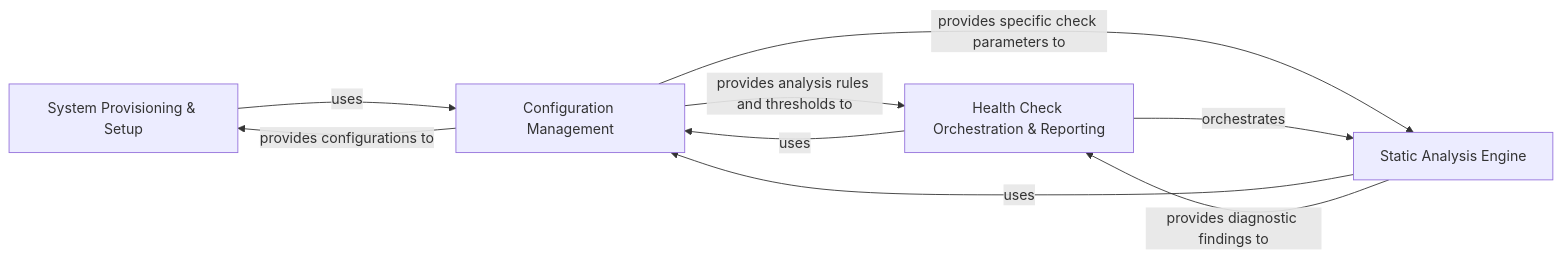
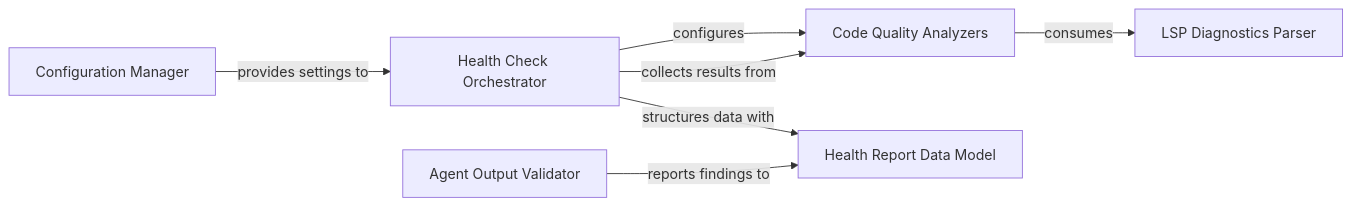
The eighth of 9 diagrams in docs/development/architecture.md (CodeBoarding/CodeBoarding), drawn with Mermaid before and after one commit. The commit also changed other lines of this file and 18 other files, not shown here.

First line of the commit message:
docs: update codeboarding documentation and generate architecture

````diff
--- a/docs/development/architecture.md
+++ b/docs/development/architecture.md
@@ -407,15 +523,15 @@
 ```mermaid
 graph LR
-    System_Provisioning_Setup["System Provisioning & Setup"]
-    Configuration_Management["Configuration Management"]
-    Health_Check_Orchestration_Reporting["Health Check Orchestration & Reporting"]
-    Static_Analysis_Engine["Static Analysis Engine"]
-    System_Provisioning_Setup -- "uses" --> Configuration_Management
-    Configuration_Management -- "provides configurations to" --> System_Provisioning_Setup
-    Configuration_Management -- "provides analysis rules and thresholds to" --> Health_Check_Orchestration_Reporting
-    Health_Check_Orchestration_Reporting -- "uses" --> Configuration_Management
-    Configuration_Management -- "provides specific check parameters to" --> Static_Analysis_Engine
-    Static_Analysis_Engine -- "uses" --> Configuration_Management
-    Health_Check_Orchestration_Reporting -- "orchestrates" --> Static_Analysis_Engine
-    Static_Analysis_Engine -- "provides diagnostic findings to" --> Health_Check_Orchestration_Reporting
+    Health_Check_Orchestrator["Health Check Orchestrator"]
+    Health_Report_Data_Model["Health Report Data Model"]
+    Code_Quality_Analyzers["Code Quality Analyzers"]
+    Configuration_Manager["Configuration Manager"]
+    LSP_Diagnostics_Parser["LSP Diagnostics Parser"]
+    Agent_Output_Validator["Agent Output Validator"]
+    Health_Check_Orchestrator -- "configures" --> Code_Quality_Analyzers
+    Health_Check_Orchestrator -- "collects results from" --> Code_Quality_Analyzers
+    Health_Check_Orchestrator -- "structures data with" --> Health_Report_Data_Model
+    Code_Quality_Analyzers -- "consumes" --> LSP_Diagnostics_Parser
+    Configuration_Manager -- "provides settings to" --> Health_Check_Orchestrator
+    Agent_Output_Validator -- "reports findings to" --> Health_Report_Data_Model
 ```
````
